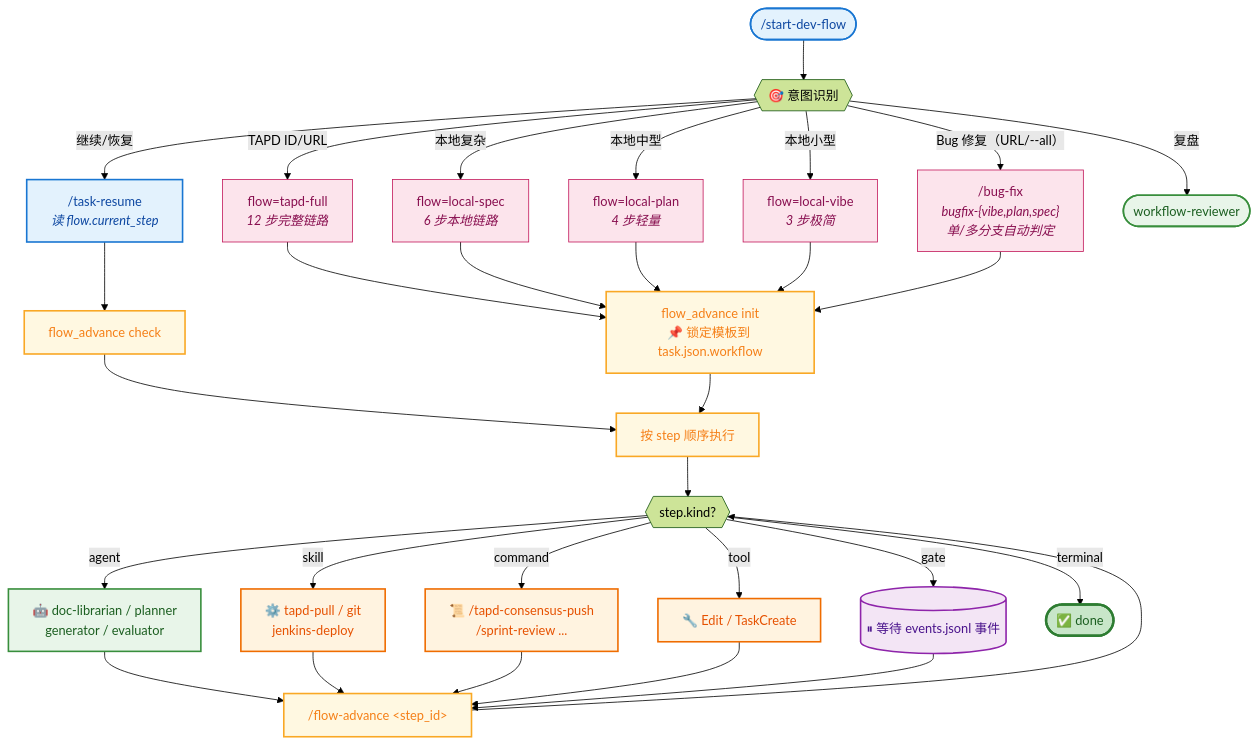
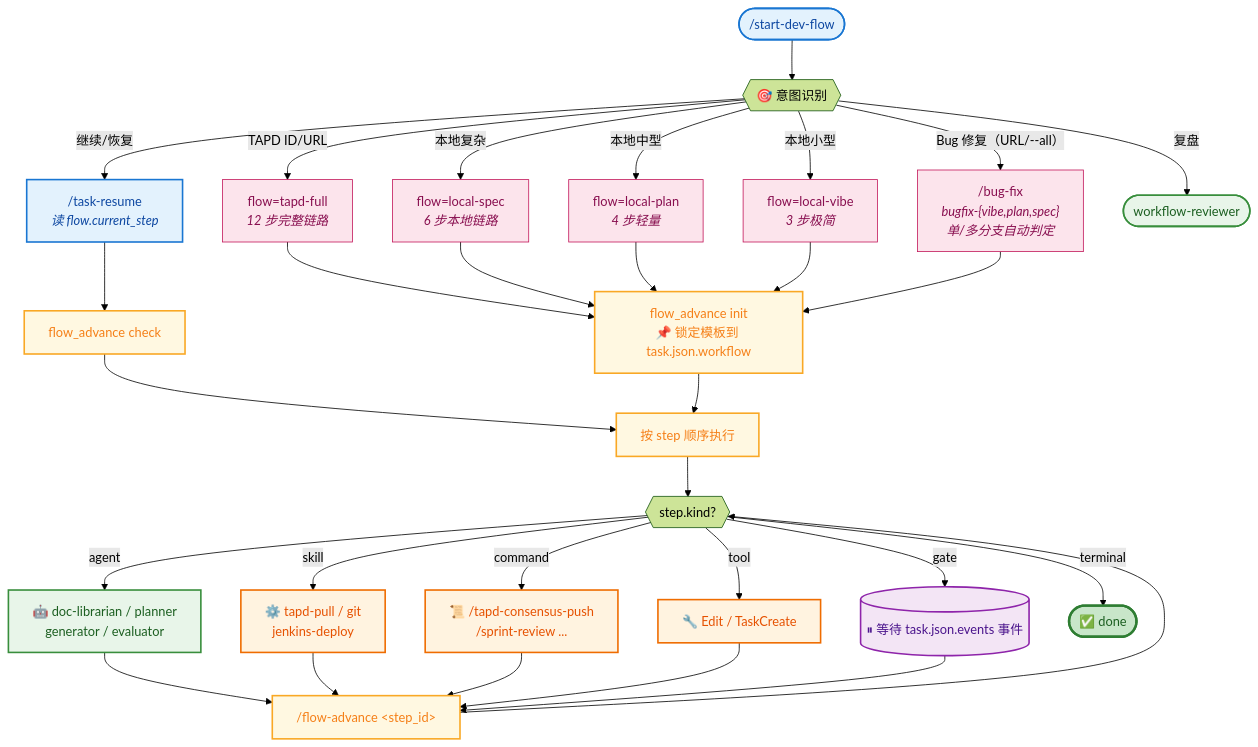
One commit to dd-xiaozhi/dev-agent-flow changed the first of 15 diagrams in README.md. Above: the diagram before and after it, drawn with Mermaid (forest theme). The commit also changed other lines of this file and 22 other files, not shown here.

````diff
--- a/README.md
+++ b/README.md
@@ -13,46 +13,46 @@
 ```mermaid
 flowchart TD
     START(["/start-dev-flow"]) --> 识别{{"🎯 意图识别"}}
 
     识别 -->|TAPD ID/URL| F1["flow=tapd-full<br/><i>12 步完整链路</i>"]
     识别 -->|本地复杂| F2["flow=local-spec<br/><i>6 步本地链路</i>"]
     识别 -->|本地中型| F3["flow=local-plan<br/><i>4 步轻量</i>"]
     识别 -->|本地小型| F4["flow=local-vibe<br/><i>3 步极简</i>"]
     识别 -->|"Bug 修复（URL/--all）"| BF["/bug-fix<br/><i>bugfix-{vibe,plan,spec}</i><br/><i>单/多分支自动判定</i>"]
     识别 -->|继续/恢复| RES["/task-resume<br/><i>读 flow.current_step</i>"]
     识别 -->|复盘| REV([workflow-reviewer])
 
     F1 & F2 & F3 & F4 & BF --> INIT["flow_advance init<br/>📌 锁定模板到 task.json.workflow"]
     RES --> CHECK["flow_advance check"]
     CHECK --> EXEC
 
     INIT --> EXEC["按 step 顺序执行"]
     EXEC --> KIND{{"step.kind?"}}
 
     KIND -->|agent| KA["🤖 doc-librarian / planner<br/>generator / evaluator"]
     KIND -->|skill| KS["⚙️ tapd-pull / git<br/>jenkins-deploy"]
     KIND -->|command| KC["📜 /tapd-consensus-push<br/>/sprint-review ..."]
     KIND -->|tool| KT["🔧 Edit / TaskCreate"]
-    KIND -->|gate| KG[("⏸ 等待 events.jsonl 事件")]
+    KIND -->|gate| KG[("⏸ 等待 task.json.events 事件")]
     KIND -->|terminal| END(["✅ done"])
 
     KA & KS & KC & KT & KG --> ADV["/flow-advance &lt;step_id&gt;"]
     ADV --> KIND
 
     classDef entry fill:#e3f2fd,stroke:#1976d2,stroke-width:2px,color:#0d47a1
     classDef ctrl fill:#fff8e1,stroke:#f9a825,stroke-width:2px,color:#f57f17
     classDef agent fill:#e8f5e9,stroke:#388e3c,stroke-width:2px,color:#1b5e20
     classDef skill fill:#fff3e0,stroke:#ef6c00,stroke-width:2px,color:#e65100
     classDef gate fill:#f3e5f5,stroke:#8e24aa,stroke-width:2px,color:#4a148c
     classDef done fill:#c8e6c9,stroke:#2e7d32,stroke-width:3px,color:#1b5e20
     classDef tpl fill:#fce4ec,stroke:#c2185b,stroke-width:1px,color:#880e4f
 
     class START,RES entry
     class INIT,CHECK,EXEC,ADV ctrl
     class KA agent
     class KS,KC,KT skill
     class KG gate
     class END done
     class F1,F2,F3,F4,BF tpl
     class REV agent
 ```
````
